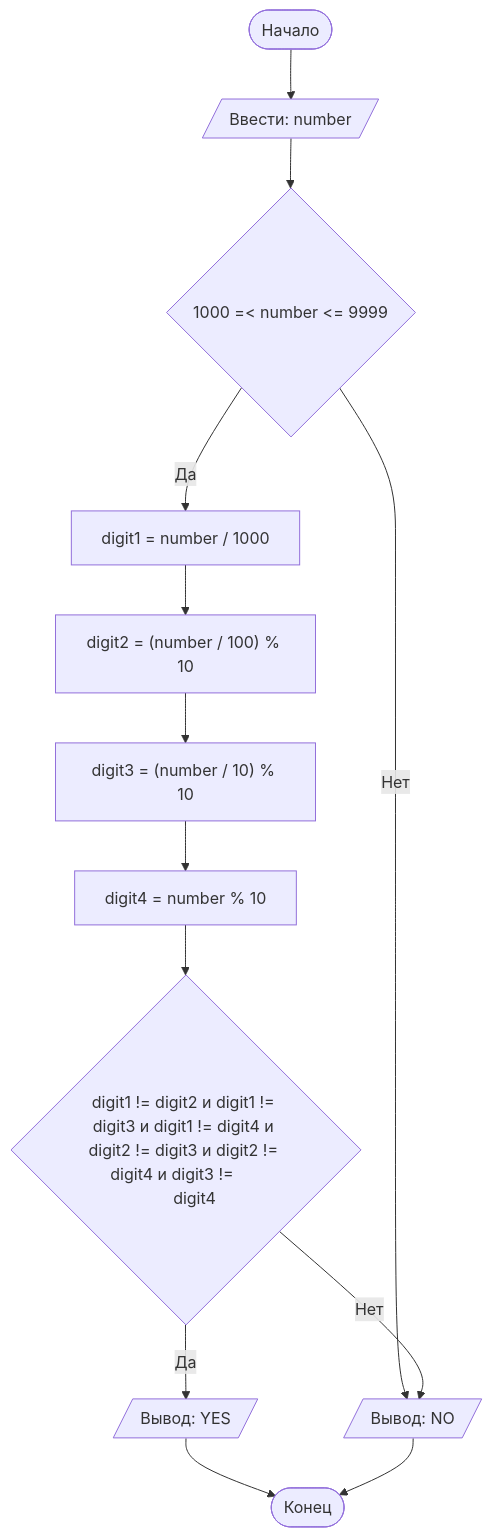
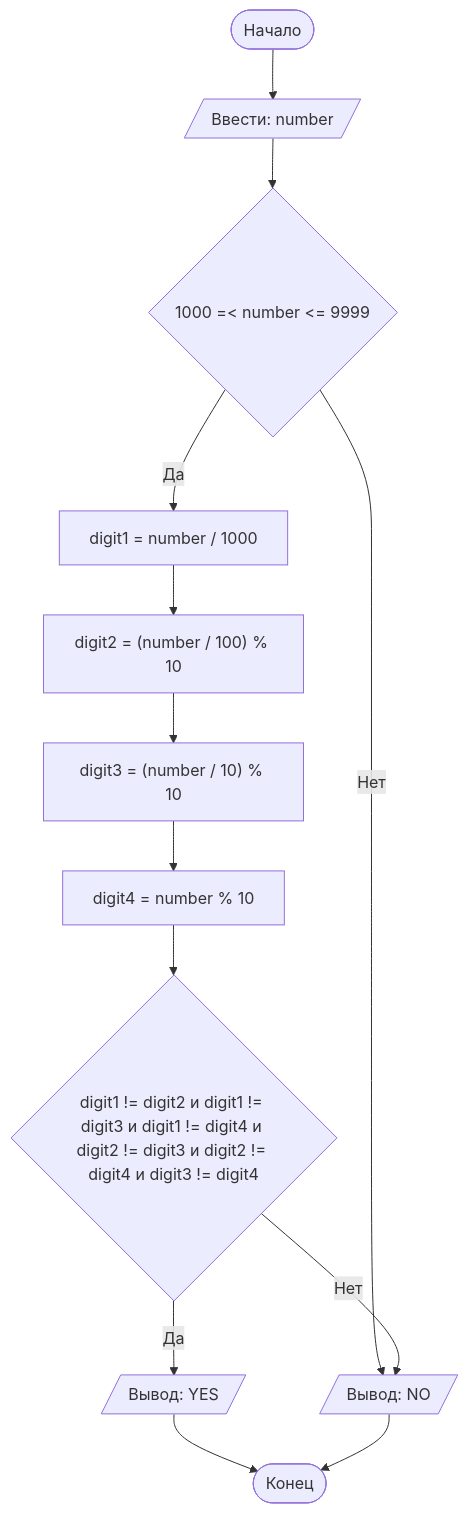
The diagram in README.md (Vladislav3108/Lab27), drawn with Mermaid before and after one commit.

Commit message:
README.md

````diff
--- a/README.md
+++ b/README.md
@@ -82,17 +82,16 @@
 ```mermaid
 graph TD
     A([Начало]) --> B[/Ввести: number/]
     B --> C{1000 =< number <= 9999}
     C -- Нет --> D[/Вывод: NO/]
     C -- Да --> I[digit1 = number / 1000]
     I --> J["digit2 = (number / 100) % 10"]
     J --> K["digit3 = (number / 10) % 10"]
     K --> L["digit4 = number % 10"]
-    L --> F{digit1 != digit2 и digit1 != digit3 и digit1 != digit4 и digit2 != digit3 и digit2 != digit4 и digit3 !=      
-    digit4}
+    L --> F{digit1 != digit2 и digit1 != digit3 и digit1 != digit4 и digit2 != digit3 и digit2 != digit4 и digit3 != digit4}
     F -- Да --> G[/Вывод: YES/]
     F -- Нет --> D
     G --> Z
     D --> Z([Конец])
 
 ```
````
